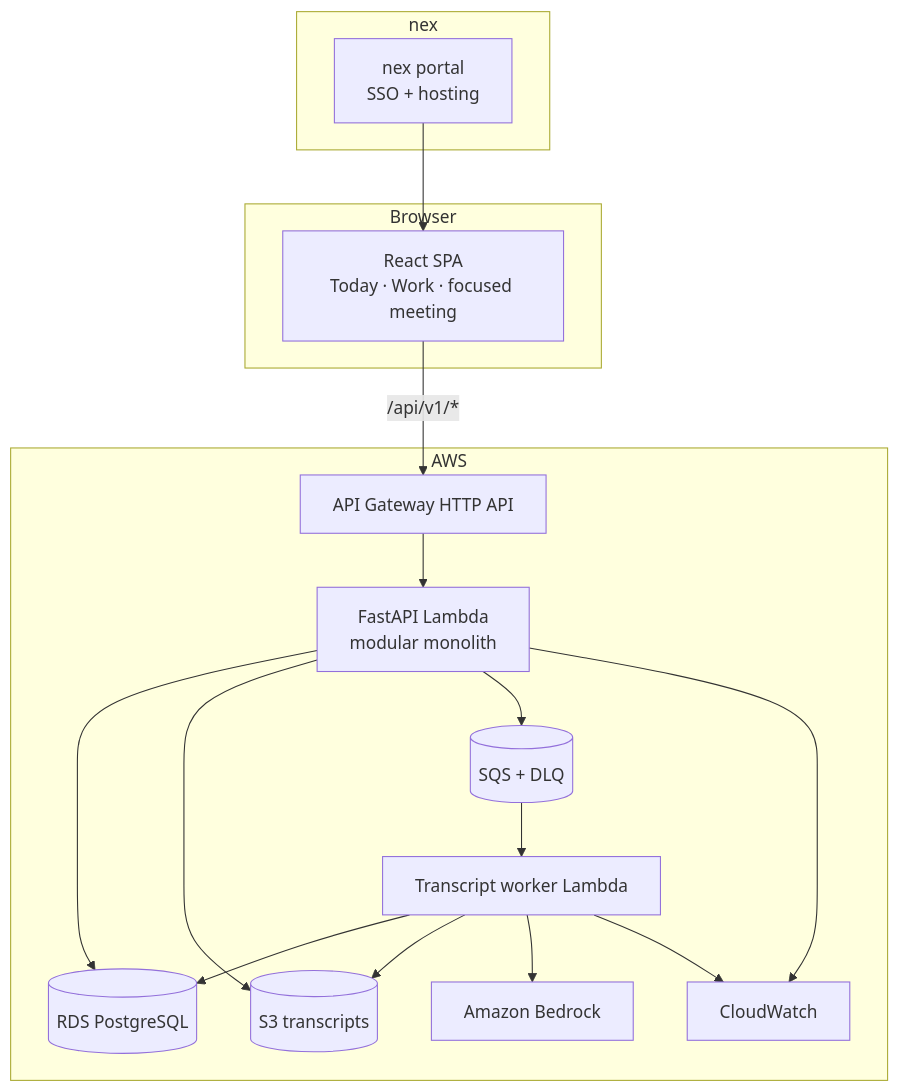
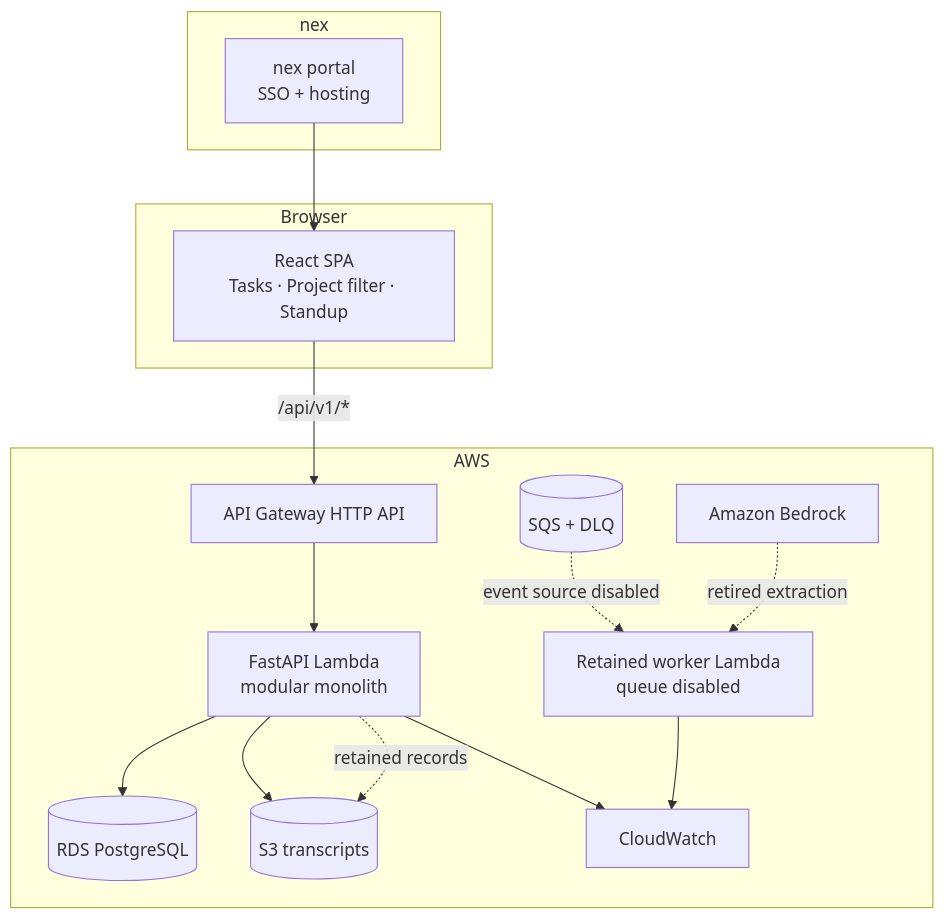
Before and after one commit to sadoonh/huddle: the diagram in docs/architecture.md, drawn with Mermaid. The commit also changed other lines of this file and 127 other files, not shown here.

````diff
--- a/docs/architecture.md
+++ b/docs/architecture.md
@@ -27,29 +27,28 @@
 ```mermaid
 flowchart TB
   subgraph Browser
-    SPA[React SPA<br/>Today · Work · focused meeting]
+    SPA[React SPA<br/>Tasks · Project filter · Standup]
   end
   subgraph nex
     Portal[nex portal<br/>SSO + hosting]
   end
   subgraph AWS
     APIGW[API Gateway HTTP API]
     API[FastAPI Lambda<br/>modular monolith]
-    Worker[Transcript worker Lambda]
+    Worker[Retained worker Lambda<br/>queue disabled]
     PG[(RDS PostgreSQL)]
     S3[(S3 transcripts)]
     SQS[(SQS + DLQ)]
     Bedrock[Amazon Bedrock]
     CW[CloudWatch]
   end
   Portal --> SPA
   SPA -->|/api/v1/*| APIGW --> API
   API --> PG
   API --> S3
-  API --> SQS --> Worker
-  Worker --> PG
-  Worker --> S3
-  Worker --> Bedrock
+  API -. retained records .-> S3
+  SQS -. event source disabled .-> Worker
+  Bedrock -. retired extraction .-> Worker
   API --> CW
   Worker --> CW
 ```
````
